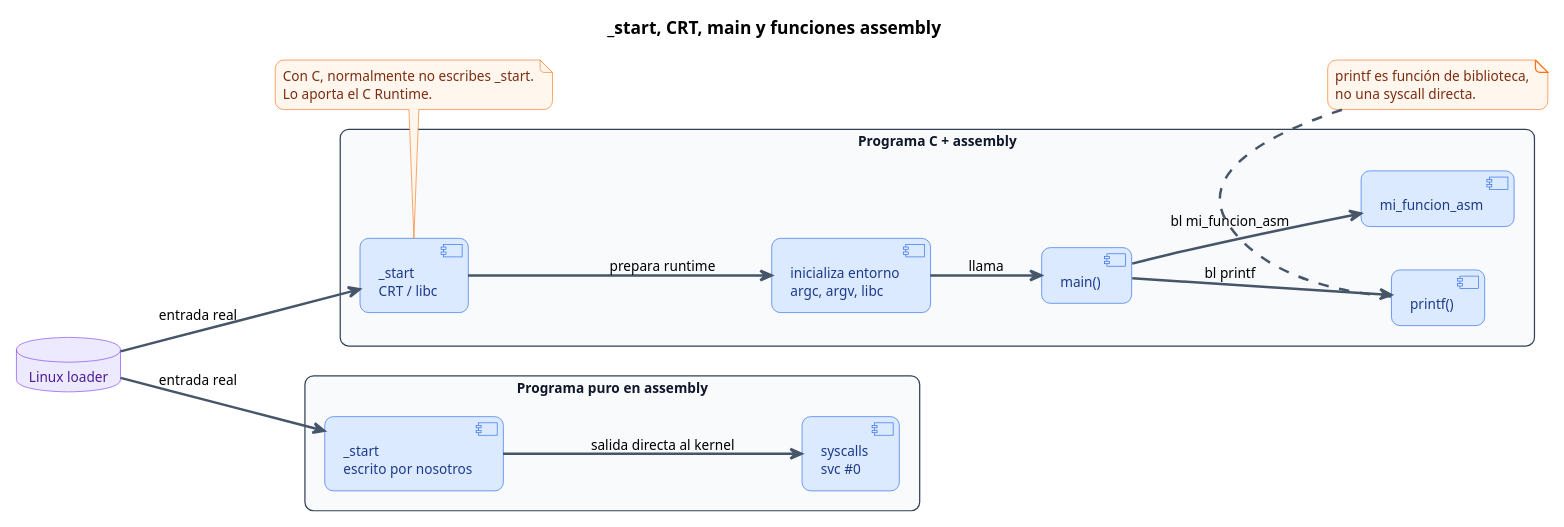
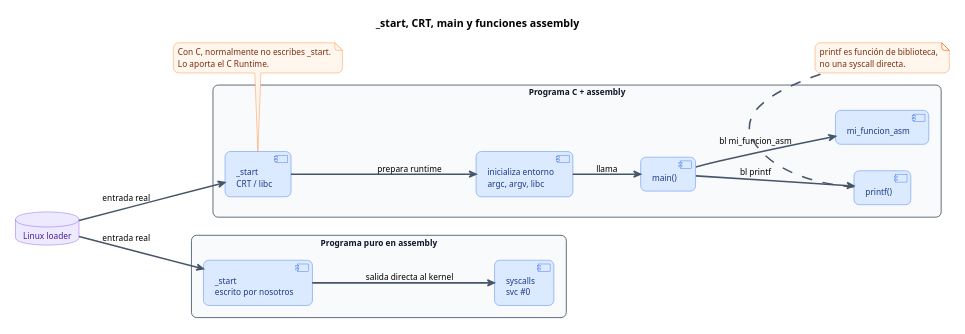
The first of 2 diagrams in site/slides/aarch64/15-abi-aapcs64-c.md (PoncheDeFrutas/arm-riscv-lab), drawn with PlantUML before and after one commit. The commit also changed other lines of this file and 16 other files, not shown here.

````diff
--- a/site/slides/aarch64/15-abi-aapcs64-c.md
+++ b/site/slides/aarch64/15-abi-aapcs64-c.md
@@ -221,79 +221,79 @@
 ```plantuml
 @startuml
-scale 0.82
+scale 0.50
 
 title _start, CRT, main y funciones assembly
 
 left to right direction
 
 skinparam backgroundColor transparent
 skinparam shadowing false
 skinparam roundcorner 14
 skinparam defaultFontName Arial
 skinparam defaultFontSize 11
 
 skinparam rectangle {
   BorderColor #334155
   BackgroundColor #f8fafc
   FontColor #0f172a
 }
 
 skinparam component {
   BorderColor #2563eb
   BackgroundColor #dbeafe
   FontColor #1e3a8a
 }
 
 skinparam database {
   BorderColor #7c3aed
   BackgroundColor #ede9fe
   FontColor #4c1d95
 }
 
 skinparam note {
   BorderColor #f97316
   BackgroundColor #fff7ed
   FontColor #7c2d12
 }
 
 skinparam arrow {
   Color #475569
   Thickness 2
 }
 
 database "Linux loader" as LOADER
 
 rectangle "Programa puro en assembly" as PURE {
   component "_start\nescrito por nosotros" as ASM_START
   component "syscalls\nsvc #0" as SYSCALLS
 }
 
 rectangle "Programa C + assembly" as CPROG {
   component "_start\nCRT / libc" as CRT_START
   component "inicializa entorno\nargc, argv, libc" as INIT
   component "main()" as MAIN
   component "mi_funcion_asm" as ASM_FUNC
   component "printf()" as PRINTF
 }
 
 LOADER --> ASM_START : entrada real
 ASM_START --> SYSCALLS : salida directa al kernel
 
 LOADER --> CRT_START : entrada real
 CRT_START --> INIT : prepara runtime
 INIT --> MAIN : llama
 MAIN --> ASM_FUNC : bl mi_funcion_asm
 MAIN --> PRINTF : bl printf
 
 note bottom of CRT_START
 Con C, normalmente no escribes _start.
 Lo aporta el C Runtime.
 end note
 
 note bottom of PRINTF
 printf es función de biblioteca,
 no una syscall directa.
 end note
 
 @enduml
 ```
````
